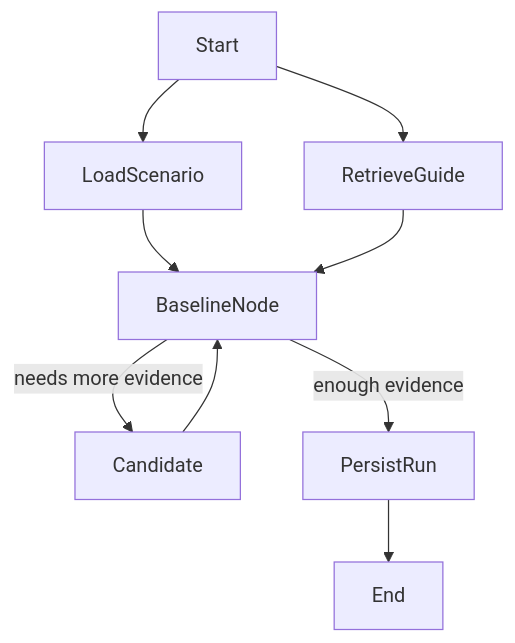
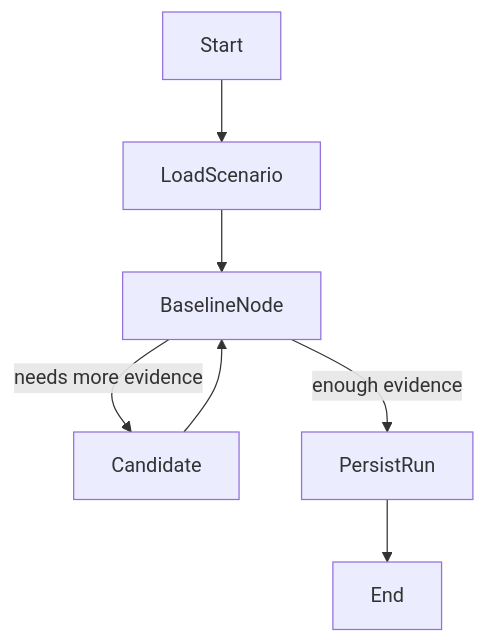
One commit to PPerezdeMadrid/agentic-case-interview-coach changed the second of 3 diagrams in doc/summary_arch.md. Above: the diagram before and after it, drawn with Mermaid. The commit also changed other lines of this file and 67 other files, not shown here.

````diff
--- a/doc/summary_arch.md
+++ b/doc/summary_arch.md
@@ -117,11 +135,9 @@
 ```mermaid
 flowchart TD
     Start --> LoadScenario
-    Start --> RetrieveGuide
     LoadScenario --> BaselineNode
-    RetrieveGuide --> BaselineNode
     BaselineNode -->|needs more evidence| Candidate
     Candidate --> BaselineNode
     BaselineNode -->|enough evidence| PersistRun
     PersistRun --> End
 ```
````
